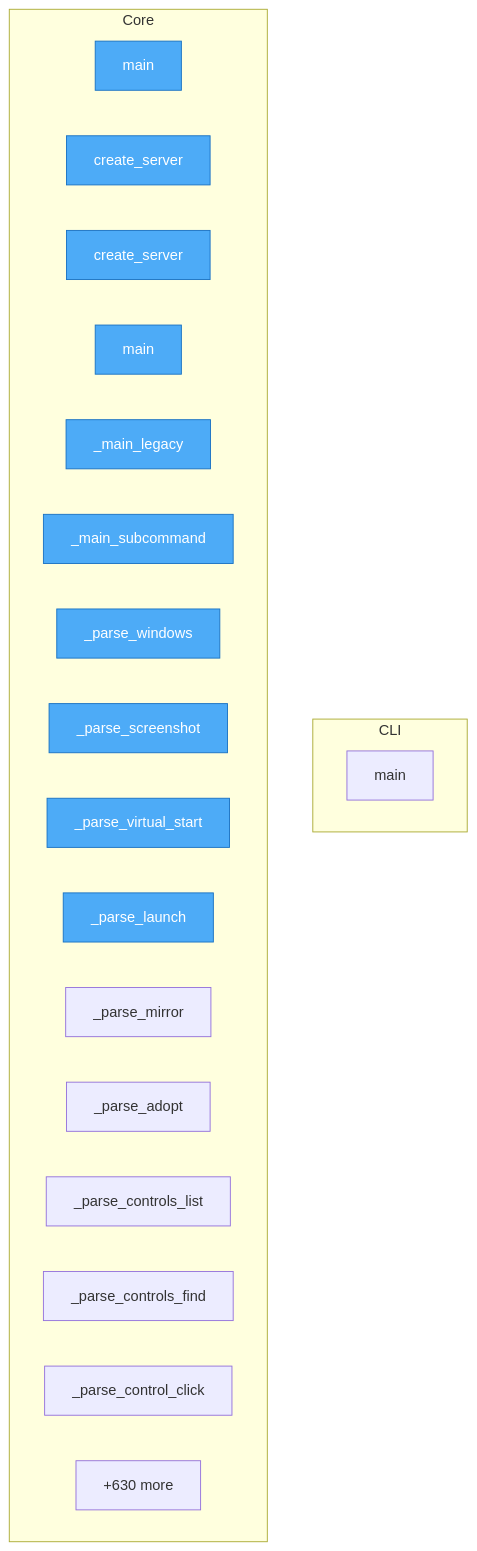
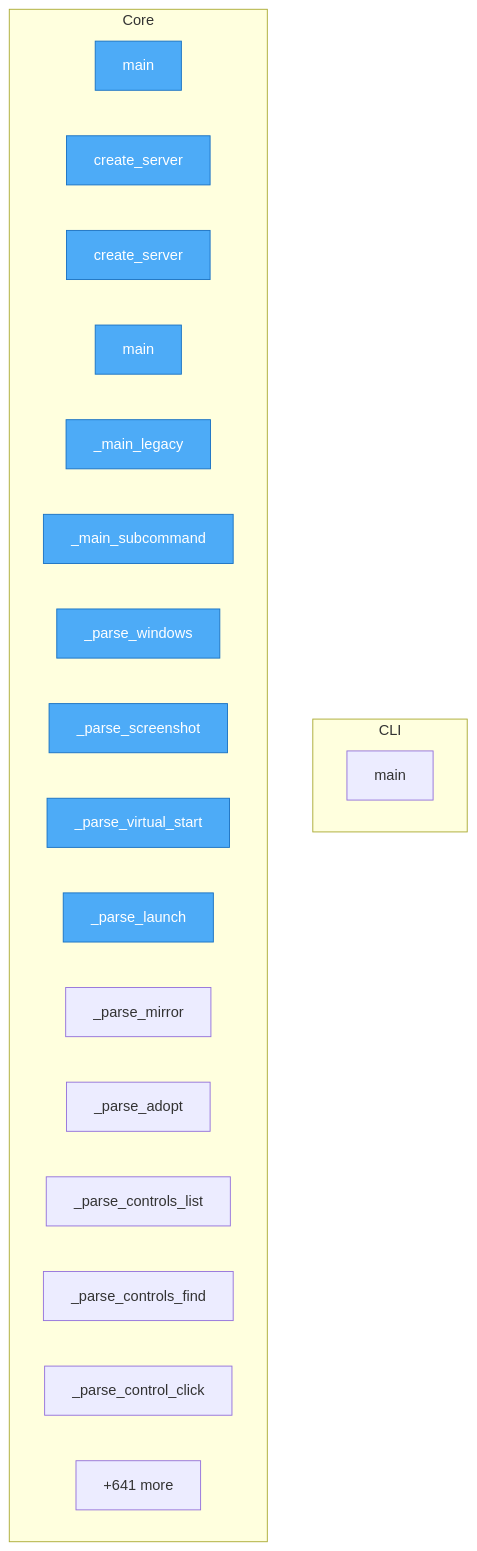
One commit to wronai/vdisplay changed the diagram in project/flow.mmd. Above: the diagram before and after it, drawn with Mermaid. The commit also changed 38 other files, not shown here.

```diff
--- a/project/flow.mmd
+++ b/project/flow.mmd
@@ -1,30 +1,30 @@
 flowchart TD
-%% generated in 0.14s
+%% generated in 0.06s
 
     %% Entry points (blue)
     classDef entry fill:#4dabf7,stroke:#1971c2,color:#fff
 
     subgraph CLI
         packages__cli2vdisplay__src__cli2vdisplay__cli__main["main"]
     end
 
     subgraph Core
         packages__mcp2vdisplay__src__mcp2vdisplay__cli__main["main"]
         packages__mcp2vdisplay__src__mcp2vdisplay__cli__create_server["create_server"]
         packages__mcp2vdisplay__src__mcp2vdisplay__server__create_server["create_server"]
         packages__dsl2vdisplay__src__dsl2vdisplay__cli__main["main"]
         packages__dsl2vdisplay__src__dsl2vdisplay__cli___main_legacy["_main_legacy"]
         packages__dsl2vdisplay__src__dsl2vdisplay__cli___main_subcommand["_main_subcommand"]
         packages__dsl2vdisplay__src__dsl2vdisplay__grammar___parse_windows["_parse_windows"]
         packages__dsl2vdisplay__src__dsl2vdisplay__grammar___parse_screenshot["_parse_screenshot"]
         packages__dsl2vdisplay__src__dsl2vdisplay__grammar___parse_virtual_start["_parse_virtual_start"]
         packages__dsl2vdisplay__src__dsl2vdisplay__grammar___parse_launch["_parse_launch"]
         packages__dsl2vdisplay__src__dsl2vdisplay__grammar___parse_mirror["_parse_mirror"]
         packages__dsl2vdisplay__src__dsl2vdisplay__grammar___parse_adopt["_parse_adopt"]
         packages__dsl2vdisplay__src__dsl2vdisplay__grammar___parse_controls_list["_parse_controls_list"]
         packages__dsl2vdisplay__src__dsl2vdisplay__grammar___parse_controls_find["_parse_controls_find"]
         packages__dsl2vdisplay__src__dsl2vdisplay__grammar___parse_control_click["_parse_control_click"]
-        ...["+630 more"]
+        ...["+641 more"]
     end
 
     class packages__mcp2vdisplay__src__mcp2vdisplay__cli__main,packages__mcp2vdisplay__src__mcp2vdisplay__cli__create_server,packages__mcp2vdisplay__src__mcp2vdisplay__server__create_server,packages__dsl2vdisplay__src__dsl2vdisplay__cli__main,packages__dsl2vdisplay__src__dsl2vdisplay__cli___main_legacy,packages__dsl2vdisplay__src__dsl2vdisplay__cli___main_subcommand,packages__dsl2vdisplay__src__dsl2vdisplay__grammar___parse_windows,packages__dsl2vdisplay__src__dsl2vdisplay__grammar___parse_screenshot,packages__dsl2vdisplay__src__dsl2vdisplay__grammar___parse_virtual_start,packages__dsl2vdisplay__src__dsl2vdisplay__grammar___parse_launch entry
```
